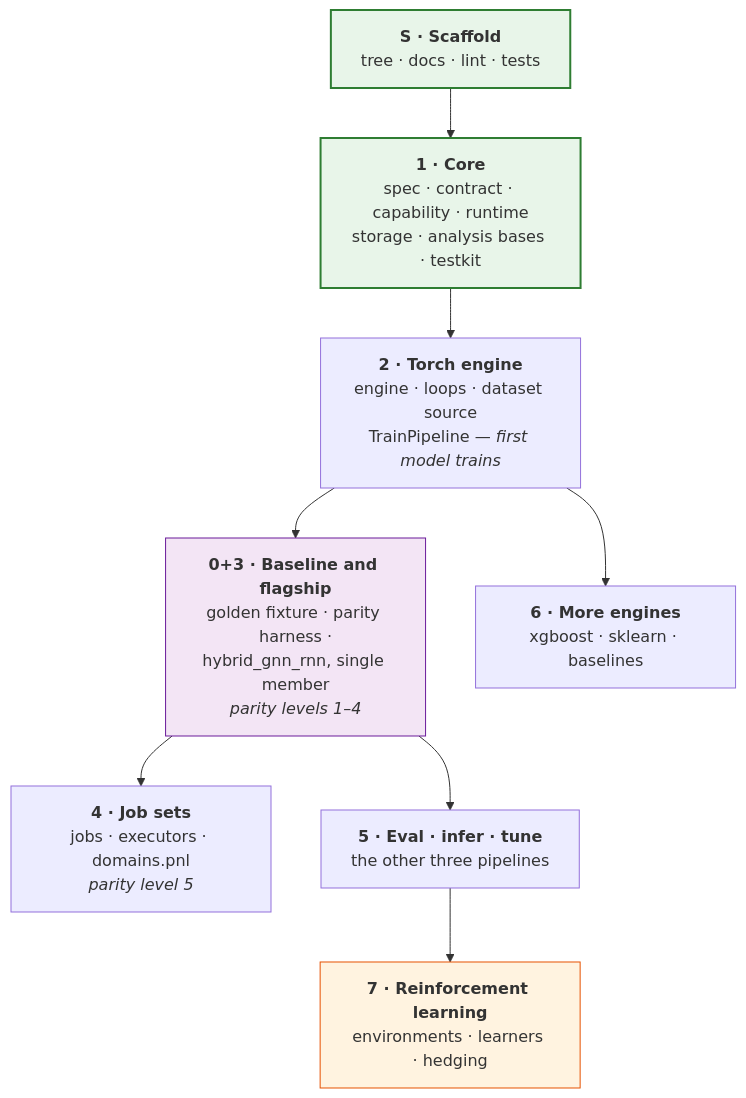
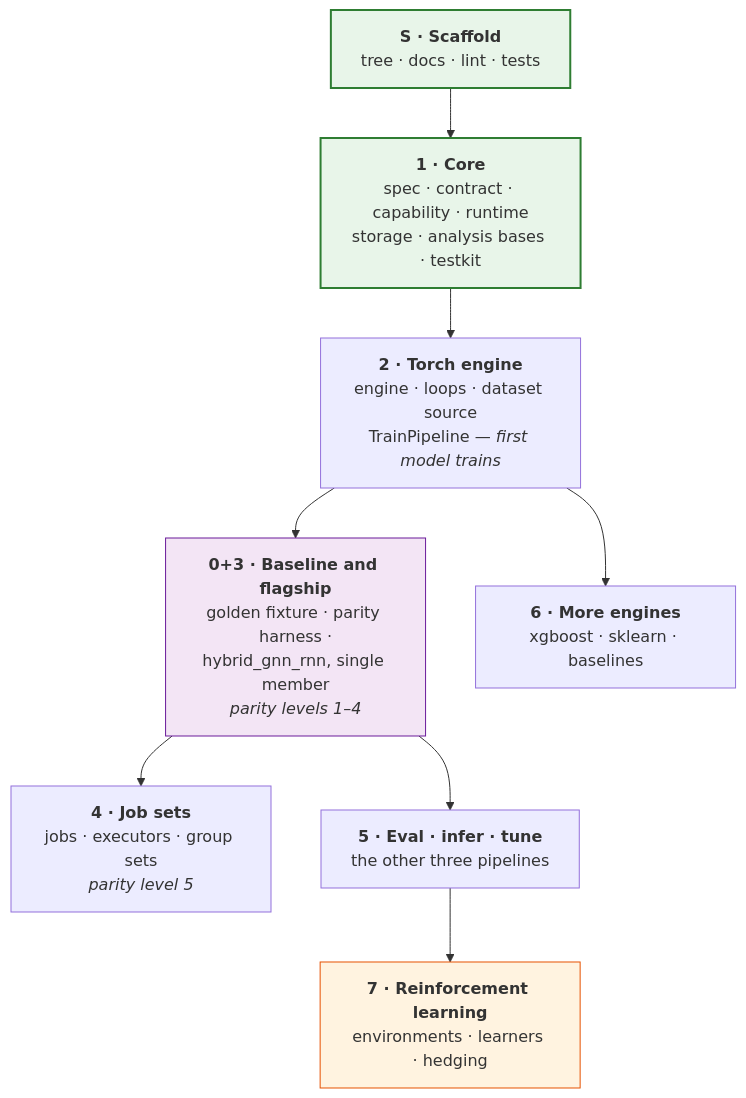
Before and after one commit to JStevens95/QuantStrata: the diagram in src/rade_qnet/docs/IMPLEMENTATION.md, drawn with Mermaid. The commit also changed other lines of this file and 118 other files, not shown here.

````diff
--- a/src/rade_qnet/docs/IMPLEMENTATION.md
+++ b/src/rade_qnet/docs/IMPLEMENTATION.md
@@ -121,24 +121,24 @@
 ```mermaid
 flowchart TD
     S["<b>S · Scaffold</b><br/>tree · docs · lint · tests"]
     P1["<b>1 · Core</b><br/>spec · contract · capability · runtime<br/>storage · analysis bases · testkit"]
     P2["<b>2 · Torch engine</b><br/>engine · loops · dataset source<br/>TrainPipeline — <i>first model trains</i>"]
     P3["<b>0+3 · Baseline and flagship</b><br/>golden fixture · parity harness ·<br/>hybrid_gnn_rnn, single member<br/><i>parity levels 1–4</i>"]
-    P4["<b>4 · Job sets</b><br/>jobs · executors · domains.pnl<br/><i>parity level 5</i>"]
+    P4["<b>4 · Job sets</b><br/>jobs · executors · group sets<br/><i>parity level 5</i>"]
     P5["<b>5 · Eval · infer · tune</b><br/>the other three pipelines"]
     P6["<b>6 · More engines</b><br/>xgboost · sklearn · baselines"]
     P7["<b>7 · Reinforcement learning</b><br/>environments · learners · hedging"]
 
     S --> P1
     P1 --> P2
     P2 --> P3
     P2 --> P6
     P3 --> P4
     P3 --> P5
     P5 --> P7
 
     style S fill:#e8f5e9,stroke:#2e7d32,stroke-width:2px
     style P1 fill:#e8f5e9,stroke:#2e7d32,stroke-width:2px
     style P3 fill:#f3e5f5,stroke:#6a1b9a
     style P7 fill:#fff3e0,stroke:#e65100
 ```
````
